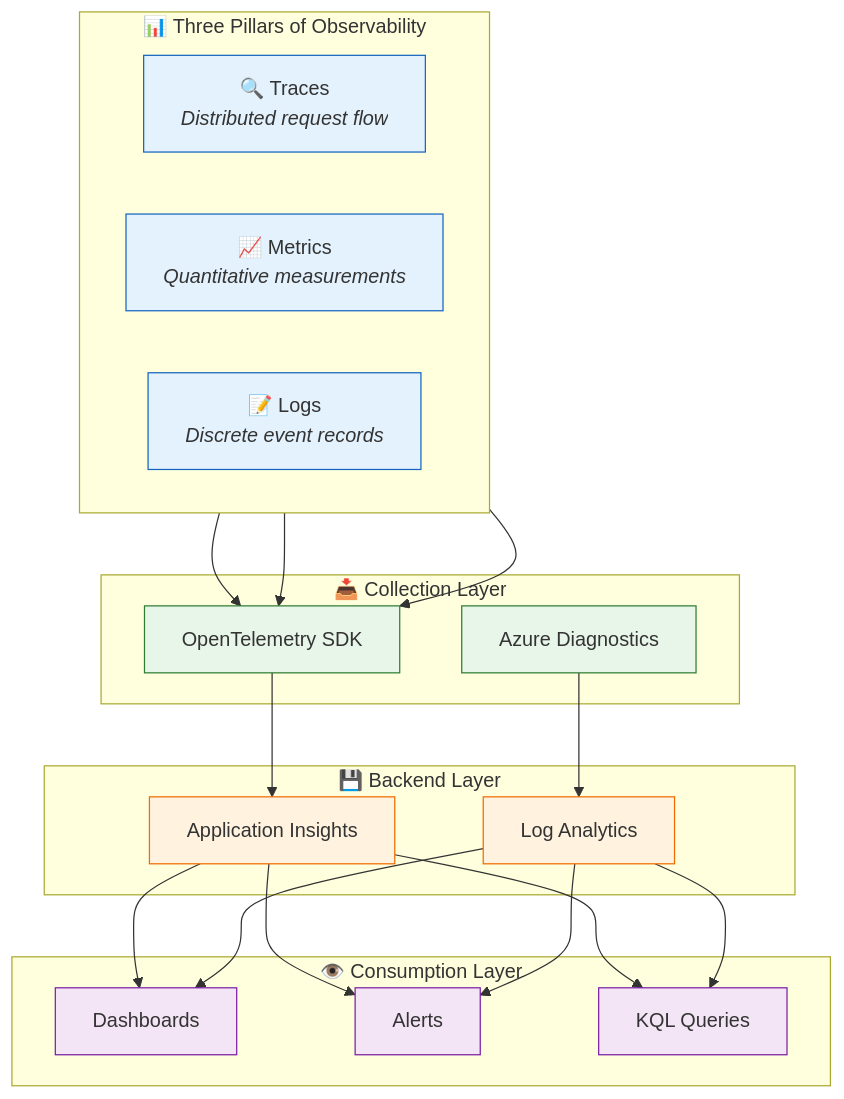
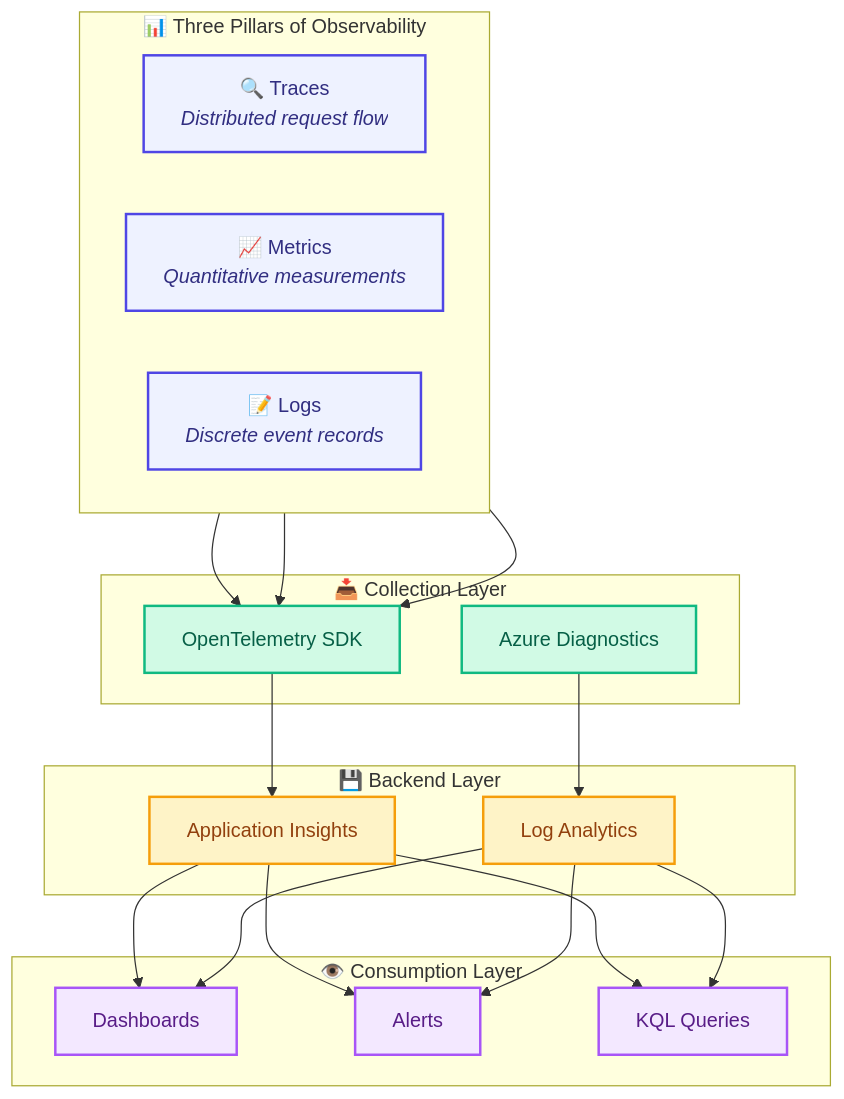
One commit to Evilazaro/Azure-LogicApps-Monitoring changed the first of 3 diagrams in docs/architecture/05-observability-architecture.md. Above: the diagram before and after it, drawn with Mermaid. The commit also changed other lines of this file and 4 other files, not shown here.

Commit message:
feat(docs): Enhance architecture documentation with detailed diagrams and modern color palette

````diff
--- a/docs/architecture/05-observability-architecture.md
+++ b/docs/architecture/05-observability-architecture.md
@@ -61,40 +61,43 @@
 ```mermaid
 flowchart TB
+    %% Three Pillars of Observability - Telemetry collection architecture
     subgraph Pillars["📊 Three Pillars of Observability"]
         direction LR
         Traces["🔍 Traces<br/><i>Distributed request flow</i>"]
         Metrics["📈 Metrics<br/><i>Quantitative measurements</i>"]
         Logs["📝 Logs<br/><i>Discrete event records</i>"]
     end
 
     subgraph Collection["📥 Collection Layer"]
         OTEL["OpenTelemetry SDK"]
         AzDiag["Azure Diagnostics"]
     end
 
     subgraph Backend["💾 Backend Layer"]
         AI["Application Insights"]
         LAW["Log Analytics"]
     end
 
     subgraph Consumption["👁️ Consumption Layer"]
         Dashboards["Dashboards"]
         Alerts["Alerts"]
         Queries["KQL Queries"]
     end
 
+    %% Data flow
     Traces & Metrics & Logs --> OTEL
     OTEL --> AI
     AzDiag --> LAW
     AI & LAW --> Dashboards & Alerts & Queries
 
-    classDef pillars fill:#e3f2fd,stroke:#1565c0
-    classDef collection fill:#e8f5e9,stroke:#2e7d32
-    classDef backend fill:#fff3e0,stroke:#ef6c00
-    classDef consumption fill:#f3e5f5,stroke:#7b1fa2
+    %% Modern color palette - WCAG AA compliant
+    classDef pillars fill:#EEF2FF,stroke:#4F46E5,stroke-width:2px,color:#312E81
+    classDef collection fill:#D1FAE5,stroke:#10B981,stroke-width:2px,color:#065F46
+    classDef backend fill:#FEF3C7,stroke:#F59E0B,stroke-width:2px,color:#92400E
+    classDef consumption fill:#F3E8FF,stroke:#A855F7,stroke-width:2px,color:#581C87
 
     class Traces,Metrics,Logs pillars
     class OTEL,AzDiag collection
     class AI,LAW backend
     class Dashboards,Alerts,Queries consumption
 ```
````
